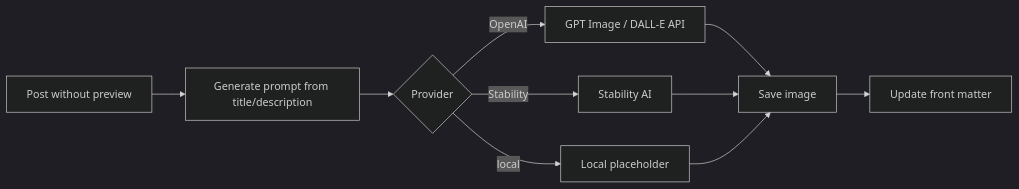
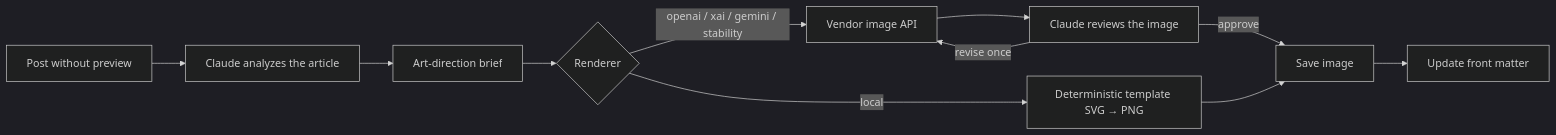
The diagram in packages/zer0-mistakes/pages/_docs/features/preview-image-generator.md (bamr87/zer0-CMS), drawn with Mermaid (dark theme) before and after one commit. The commit also changed other lines of this file and 36 other files, not shown here.

First line of the commit message:
feat(scripts): Claude-orchestrated preview images — Claude analyzes & reviews, image models render (bamr87/zer0-mistakes#296)

````diff
--- a/packages/zer0-mistakes/pages/_docs/features/preview-image-generator.md
+++ b/packages/zer0-mistakes/pages/_docs/features/preview-image-generator.md
@@ -42,12 +44,13 @@
 ```mermaid
 graph LR
-    A[Post without preview] --> B[Generate prompt from title/description]
-    B --> C{Provider}
-    C -->|OpenAI| D[GPT Image / DALL-E API]
-    C -->|Stability| E[Stability AI]
-    C -->|local| F[Local placeholder]
-    D --> G[Save image]
-    E --> G
+    A[Post without preview] --> B[Claude analyzes the article]
+    B --> B2[Art-direction brief]
+    B2 --> C{Renderer}
+    C -->|openai / xai / gemini / stability| E[Vendor image API]
+    C -->|local| F[Deterministic template SVG → PNG]
+    E --> R[Claude reviews the image]
+    R -->|approve| G[Save image]
+    R -->|revise once| E
     F --> G
     G --> H[Update front matter]
 ```
````
